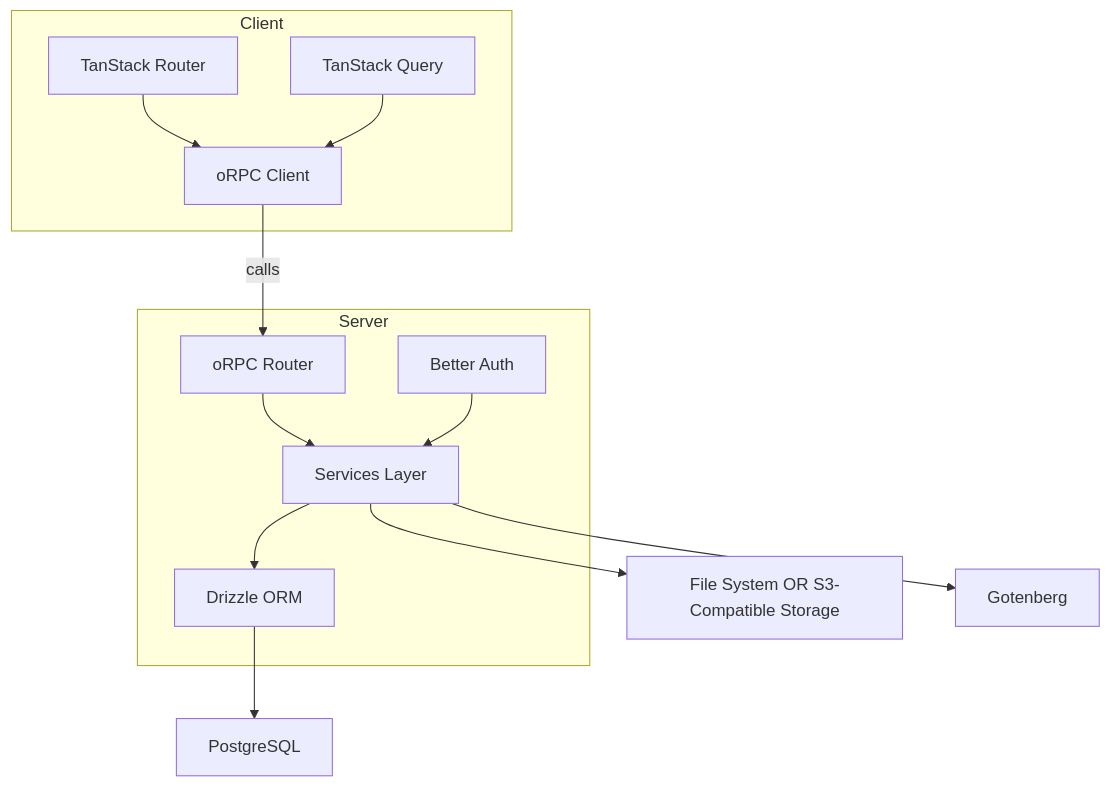
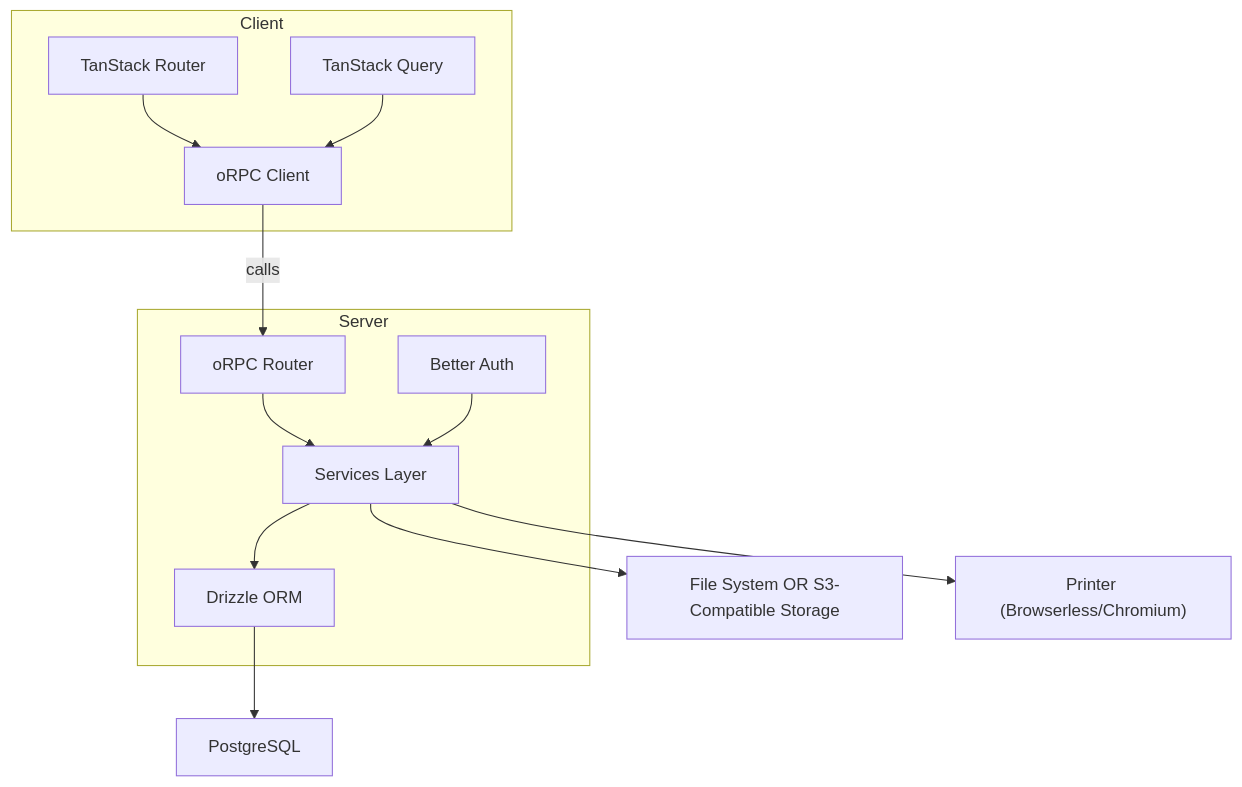
Before and after one commit to mexicanamerican/Reactive-Resume: the diagram in docs/contributing/architecture.mdx, drawn with Mermaid. The commit also changed 53 other files, not shown here.

````diff
--- a/docs/contributing/architecture.mdx
+++ b/docs/contributing/architecture.mdx
@@ -33,31 +33,31 @@
 ```mermaid
 flowchart TD
   %% Client Side
   subgraph Client ["Client"]
     Router["TanStack Router"]
     Query["TanStack Query"]
     ORPCClient["oRPC Client"]
   end
 
   %% Server Side
   subgraph Server ["Server"]
     ORPCRouter["oRPC Router"]
     Auth["Better Auth"]
     Services["Services Layer"]
     Drizzle["Drizzle ORM"]
   end
 
   Database["PostgreSQL"]
   Storage["File System OR S3-Compatible Storage"]
-  Printer["Gotenberg"]
+  Printer["Printer (Browserless/Chromium)"]
 
   Router --> ORPCClient
   Query --> ORPCClient
   ORPCClient -- calls --> ORPCRouter
   ORPCRouter --> Services
   Auth --> Services
   Services --> Drizzle
   Drizzle --> Database
   Services --> Storage
   Services --> Printer
 ```
````
